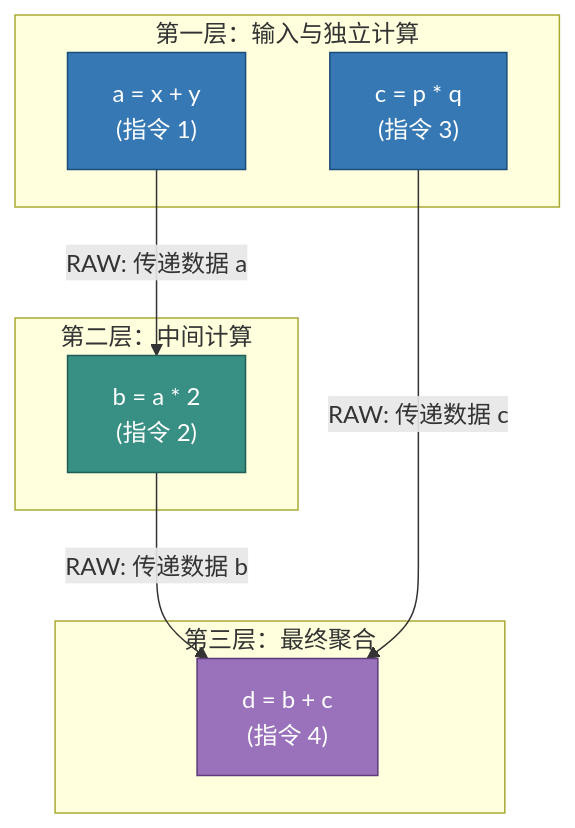
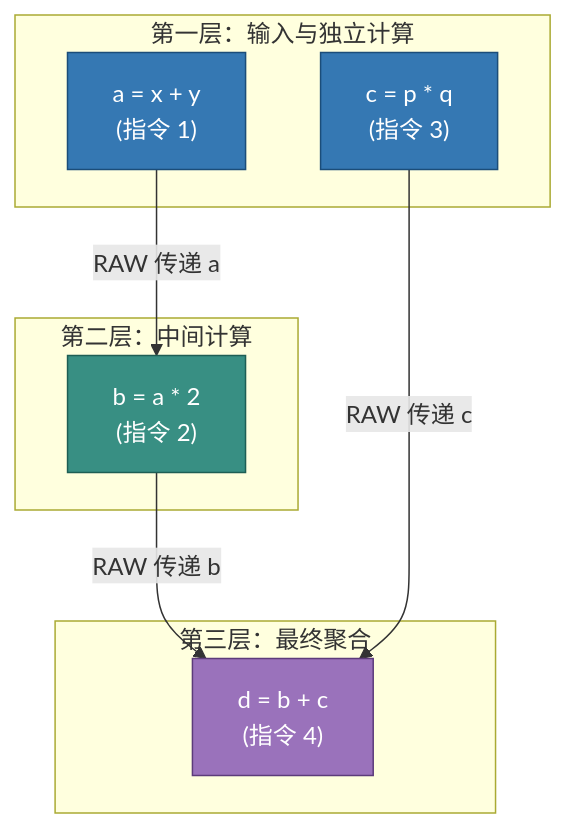
Before and after one commit to hqu-little-boy/blog: the fourth of 16 diagrams in src/content/posts/compiler-instruction-scheduling-and-numerical-semantics-contract-guide.md, drawn with Mermaid. The commit also changed other lines of this file, not shown here.

Commit message:
feat: expand compiler scheduling guide to cover 6 heterogeneous accelerator architectures (GPU/VLIW/DSP/Systolic/CGRA/RVV)

````diff
--- a/src/content/posts/compiler-instruction-scheduling-and-numerical-semantics-contract-guide.md
+++ b/src/content/posts/compiler-instruction-scheduling-and-numerical-semantics-contract-guide.md
@@ -282,24 +269,24 @@
 ```mermaid
 flowchart TD
-    subgraph Independent_Level1 ["第一层：输入与独立计算"]
+    subgraph Level1 ["第一层：输入与独立计算"]
         op1["a = x + y\n(指令 1)"]
         op3["c = p * q\n(指令 3)"]
     end
 
     subgraph Level2 ["第二层：中间计算"]
         op2["b = a * 2\n(指令 2)"]
     end
 
     subgraph Level3 ["第三层：最终聚合"]
         op4["d = b + c\n(指令 4)"]
     end
 
-    op1 -->|RAW: 传递数据 a| op2
-    op2 -->|RAW: 传递数据 b| op4
-    op3 -->|RAW: 传递数据 c| op4
+    op1 -->|RAW 传递 a| op2
+    op2 -->|RAW 传递 b| op4
+    op3 -->|RAW 传递 c| op4
 
     style op1 fill:#3578B3,stroke:#1b4d79,color:white
     style op3 fill:#3578B3,stroke:#1b4d79,color:white
     style op2 fill:#388F83,stroke:#1e5e54,color:white
     style op4 fill:#9A72BB,stroke:#5c3b7a,color:white
 ```
````
